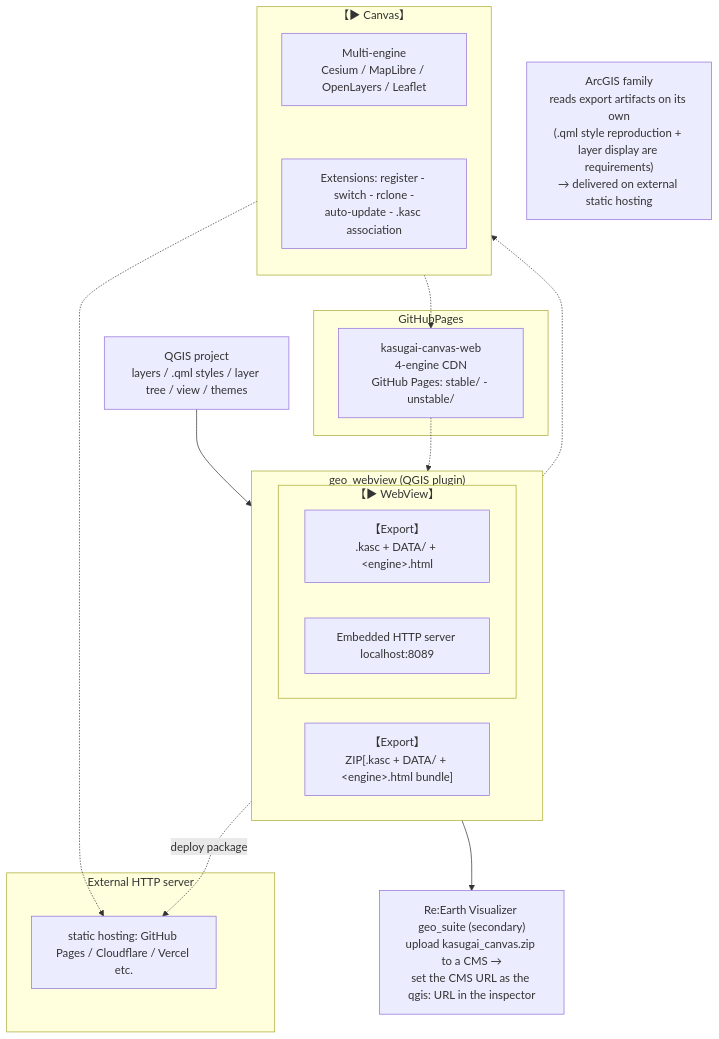
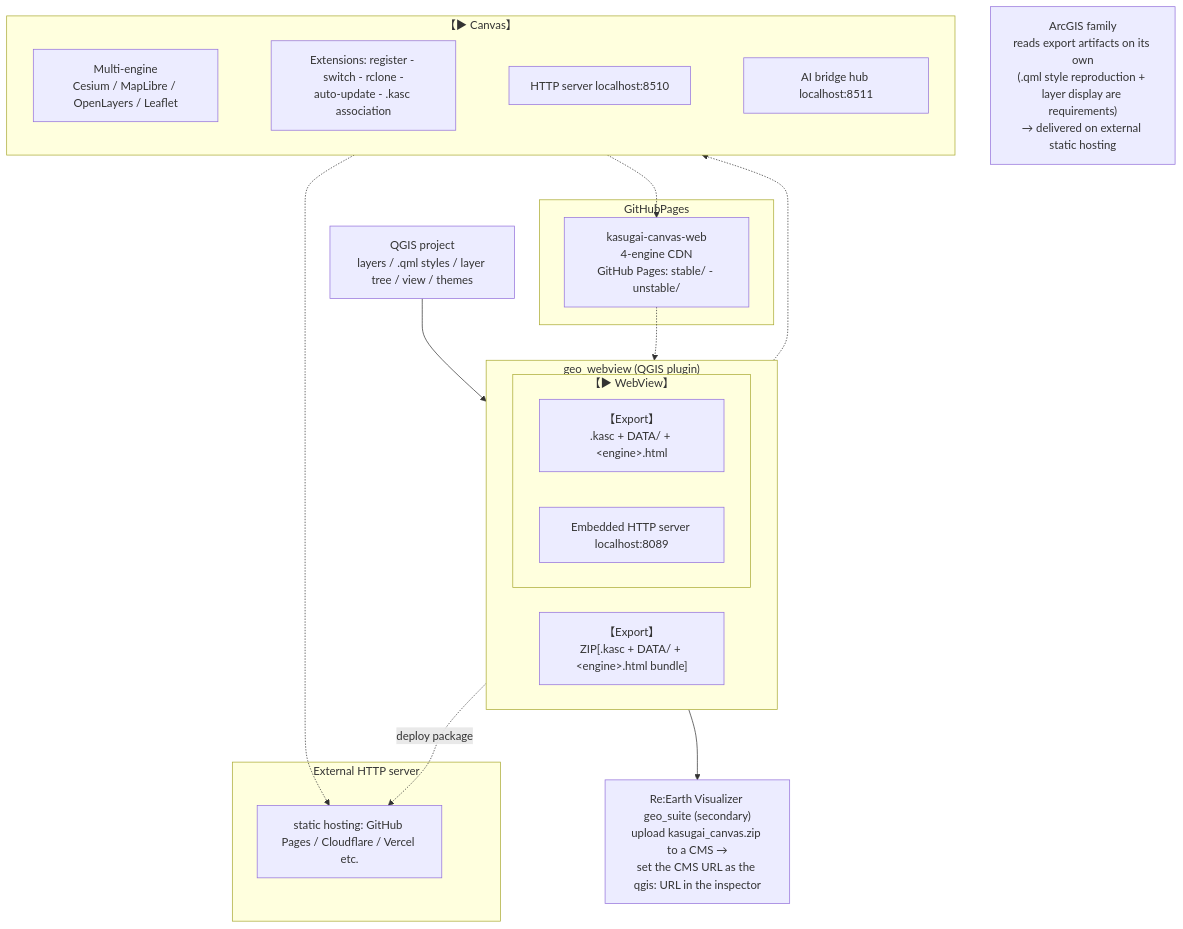
One commit to yamamoto-ryuzo/qgis_live_harness changed the diagram in qgis-plugin/geo_webview/README.md. Above: the diagram before and after it, drawn with Mermaid. The commit also changed 18 other files, not shown here.

First line of the commit message:
geo_webview 3.36.8: .qmlシンボル画像をDATA/へ複製・連携図へCanvasポート明示

````diff
--- a/qgis-plugin/geo_webview/README.md
+++ b/qgis-plugin/geo_webview/README.md
@@ -42,37 +42,39 @@
 ```mermaid
 flowchart TB
     QGIS["QGIS project<br>layers / .qml styles / layer tree / view / themes"]
 
     subgraph GWBOX["geo_webview (QGIS plugin)"]
         direction LR
         subgraph FNC["【▶ WebView】"]
             GW["【Export】<br>.kasc + DATA/ + &lt;engine&gt;.html"]
             SRV["Embedded HTTP server localhost:8089"]
         end
         ZIP["【Export】<br>ZIP[.kasc + DATA/ + &lt;engine&gt;.html bundle]"]
     end
 
     subgraph KCBOX["【▶ Canvas】"]
-        direction TB
+        direction LR
         ENG["Multi-engine<br>Cesium / MapLibre / OpenLayers / Leaflet"]
         KCF["Extensions: register - switch - rclone -<br>auto-update - .kasc association"]
-        ENG ~~~ KCF
+        KCS["HTTP server localhost:8510"]
+        KCB["AI bridge hub localhost:8511"]
+        ENG ~~~ KCF ~~~ KCS ~~~ KCB
     end
     subgraph WEBBOX["External HTTP server"]
         WEB["static hosting: GitHub Pages / Cloudflare / Vercel etc."]
     end
     subgraph GHBOX["GitHubPages"]
         CDN["kasugai-canvas-web<br>4-engine CDN<br>GitHub Pages: stable/ - unstable/"]
     end
     RE["Re:Earth Visualizer geo_suite (secondary)<br>upload kasugai_canvas.zip to a CMS →<br>set the CMS URL as the qgis: URL in the inspector"]
 
     AG["ArcGIS family<br>reads export artifacts on its own<br>(.qml style reproduction + layer display are requirements)<br>→ delivered on external static hosting"]
 
     QGIS --> GWBOX
     GW -.-> KCBOX
     GW -.->|"deploy package"| WEB
     ENG -.-> WEB
     ENG -.-> CDN
     CDN -.-> FNC
     ZIP --> RE
 ```
````
